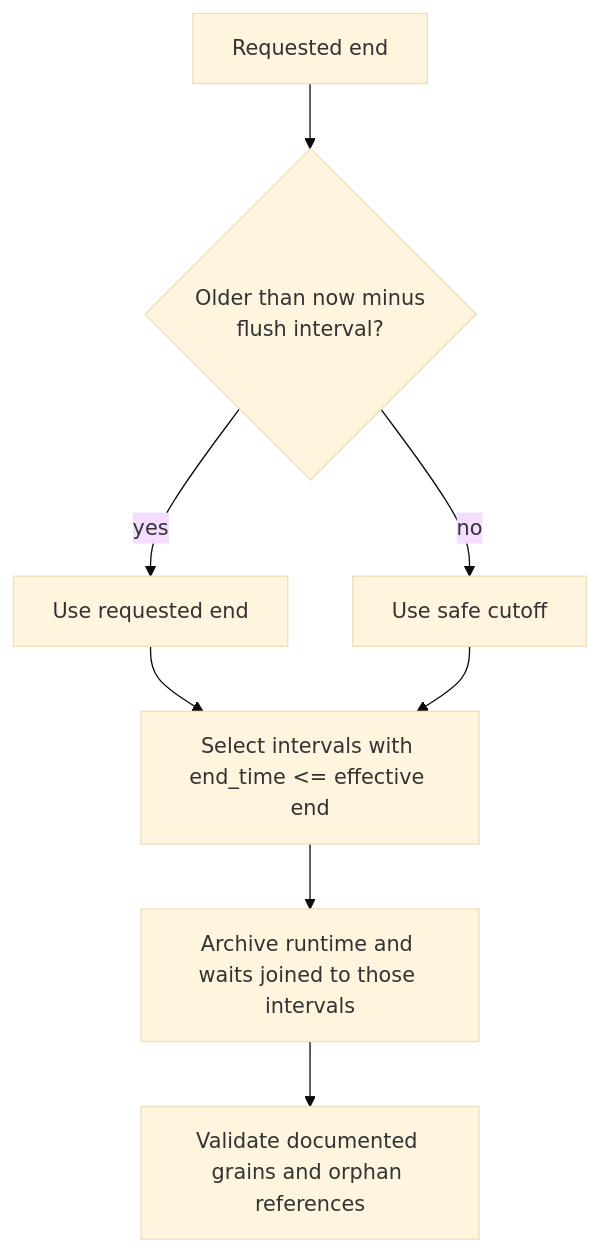
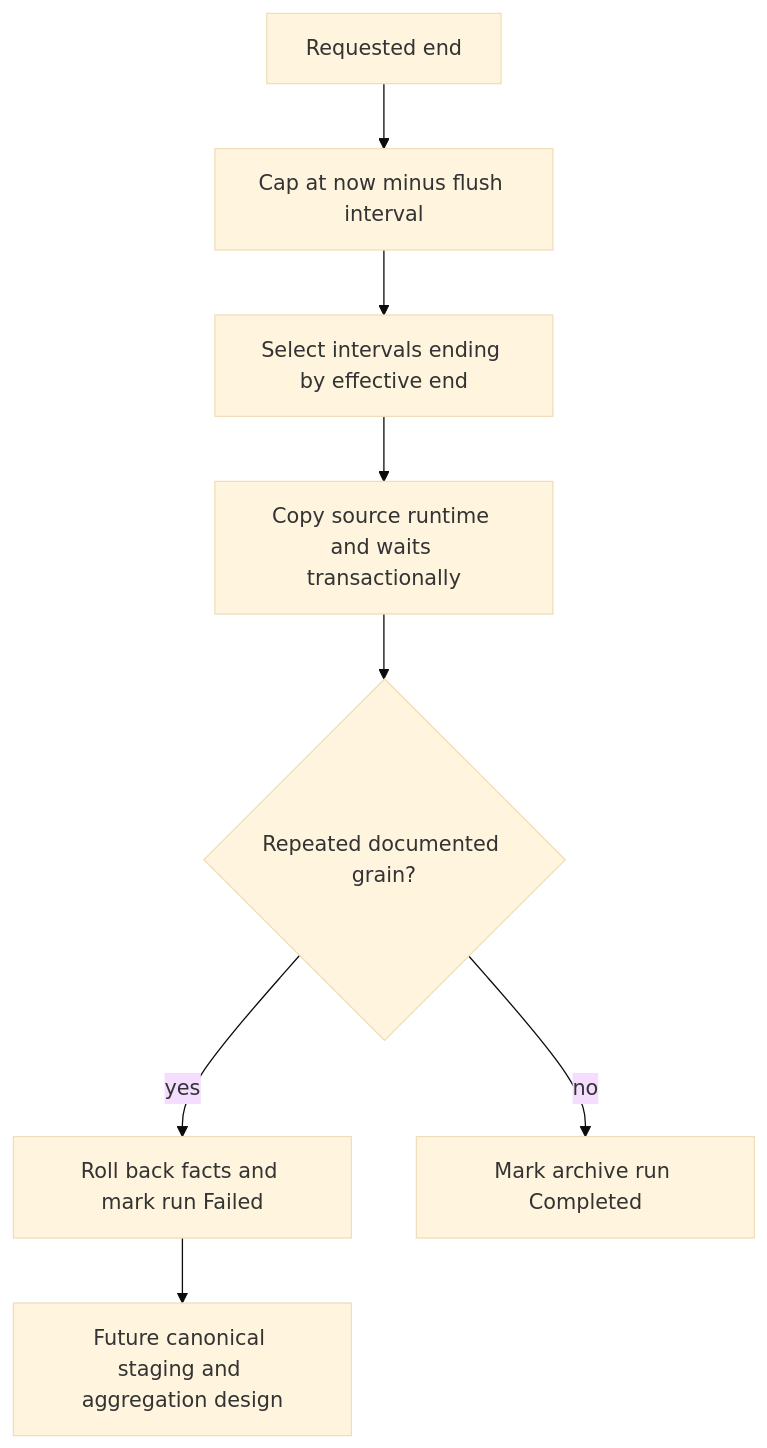
One commit to stevewittek/Databases changed the diagram in docs/Query-Store-Correctness.md. Above: the diagram before and after it, drawn with Mermaid (base theme). The commit also changed other lines of this file and 46 other files, not shown here.

````diff
--- a/docs/Query-Store-Correctness.md
+++ b/docs/Query-Store-Correctness.md
@@ -64,10 +96,10 @@
 ```mermaid
 flowchart TD
-    R[Requested end] --> C{Older than now minus\nflush interval?}
-    C -->|yes| E[Use requested end]
-    C -->|no| S[Use safe cutoff]
-    E --> I[Select intervals with end_time <= effective end]
-    S --> I
-    I --> RW[Archive runtime and waits joined to those intervals]
-    RW --> G[Validate documented grains and orphan references]
+    R[Requested end] --> C[Cap at now minus flush interval]
+    C --> I[Select intervals ending by effective end]
+    I --> COPY[Copy source runtime and waits transactionally]
+    COPY --> D{Repeated documented grain?}
+    D -->|yes| FAIL[Roll back facts and mark run Failed]
+    D -->|no| DONE[Mark archive run Completed]
+    FAIL --> FUT[Future canonical staging and aggregation design]
 ```
````
